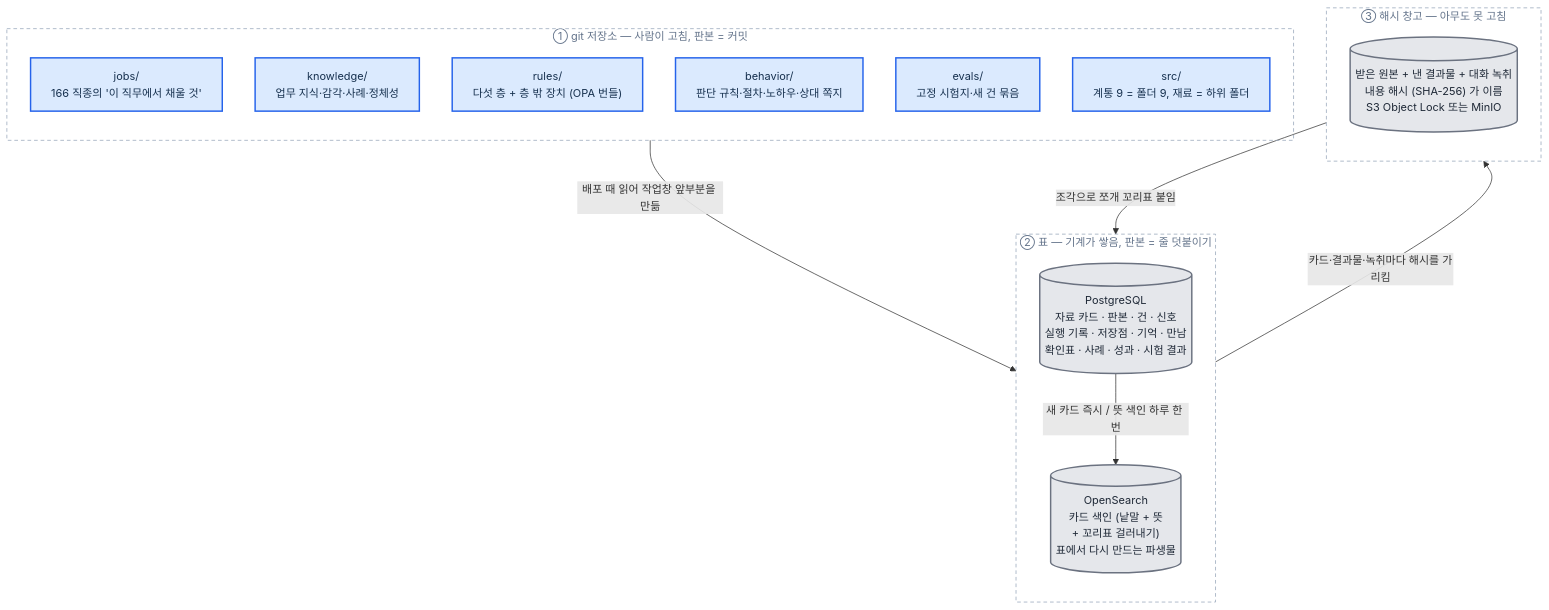
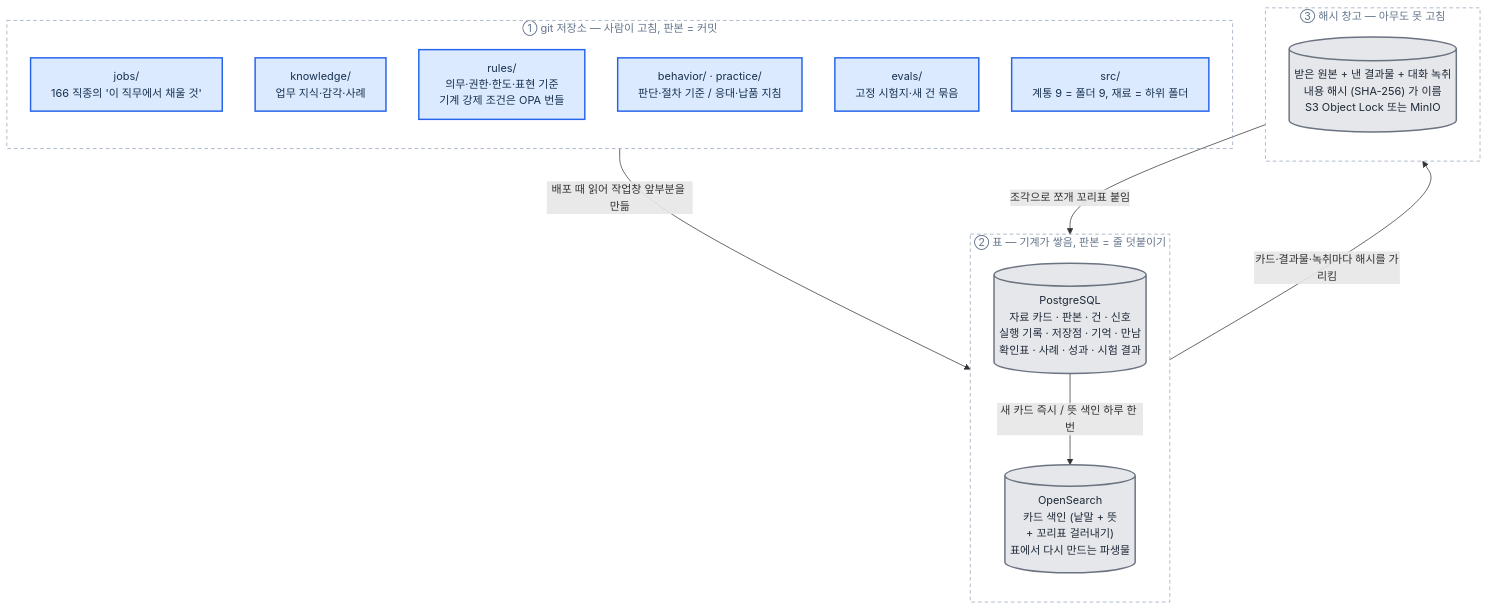
Before and after one commit to harisbaguette/expert: diagram 37 of 43 in 전문가 에이전트 정의 2.md, drawn with Mermaid. The commit also changed other lines of this file and 41 other files, not shown here.

````diff
--- a/전문가 에이전트 정의 2.md
+++ b/전문가 에이전트 정의 2.md
@@ -3846,35 +3935,35 @@
 ```mermaid
 %%{init: {"flowchart": {"wrappingWidth": 640, "curve": "basis", "nodeSpacing": 45, "rankSpacing": 55, "padding": 14, "useMaxWidth": true}, "themeVariables": {"fontSize": "15px"}} }%%
 flowchart TB
     subgraph GIT["① git 저장소 — 사람이 고침, 판본 = 커밋"]
         direction TB
         JOB["jobs/<br/>166 직종의 '이 직무에서 채울 것'"]:::main
-        KNOW["knowledge/<br/>업무 지식·감각·사례·정체성"]:::main
-        RULE["rules/<br/>다섯 층 + 층 밖 장치 (OPA 번들)"]:::main
-        BEH["behavior/<br/>판단 규칙·절차·노하우·상대 쪽지"]:::main
+        KNOW["knowledge/<br/>업무 지식·감각·사례"]:::main
+        RULE["rules/<br/>의무·권한·한도·표현 기준<br/>기계 강제 조건은 OPA 번들"]:::main
+        BEH["behavior/ · practice/<br/>판단·절차 기준 / 응대·납품 지침"]:::main
         EVAL["evals/<br/>고정 시험지·새 건 묶음"]:::main
         SRC["src/<br/>계통 9 = 폴더 9, 재료 = 하위 폴더"]:::main
     end
     subgraph DB["② 표 — 기계가 쌓음, 판본 = 줄 덧붙이기"]
         direction TB
         PG[("PostgreSQL<br/>자료 카드 · 판본 · 건 · 신호<br/>실행 기록 · 저장점 · 기억 · 만남<br/>확인표 · 사례 · 성과 · 시험 결과")]:::store
         OS[("OpenSearch<br/>카드 색인 (낱말 + 뜻<br/>+ 꼬리표 걸러내기)<br/>표에서 다시 만드는 파생물")]:::store
         PG -- "새 카드 즉시 / 뜻 색인 하루 한 번" --> OS
     end
     subgraph BLOB["③ 해시 창고 — 아무도 못 고침"]
         direction TB
         RAW[("받은 원본 + 낸 결과물 + 대화 녹취<br/>내용 해시 (SHA-256) 가 이름<br/>S3 Object Lock 또는 MinIO")]:::store
     end
     GIT -- "배포 때 읽어 작업창 앞부분을 만듦" --> PG
     RAW -- "조각으로 쪼개 꼬리표 붙임" --> PG
     PG -- "카드·결과물·녹취마다 해시를 가리킴" --> RAW
     classDef main fill:#dbeafe,stroke:#2563eb,stroke-width:2px,color:#17314f
     classDef stop fill:#fee2e2,stroke:#dc2626,stroke-width:2px,color:#7f1d1d
     classDef back fill:#ffedd5,stroke:#ea580c,stroke-width:2px,color:#7c2d12
     classDef store fill:#e5e7eb,stroke:#6b7280,stroke-width:2px,color:#1f2937
     classDef good fill:#dcfce7,stroke:#16a34a,stroke-width:2px,color:#14532d
     classDef note fill:#fef9c3,stroke:#ca8a04,stroke-width:2px,color:#713f12
     style GIT fill:none,stroke:#94a3b8,stroke-width:1px,stroke-dasharray:5 4,color:#64748b
     style DB fill:none,stroke:#94a3b8,stroke-width:1px,stroke-dasharray:5 4,color:#64748b
     style BLOB fill:none,stroke:#94a3b8,stroke-width:1px,stroke-dasharray:5 4,color:#64748b
 ```
````
